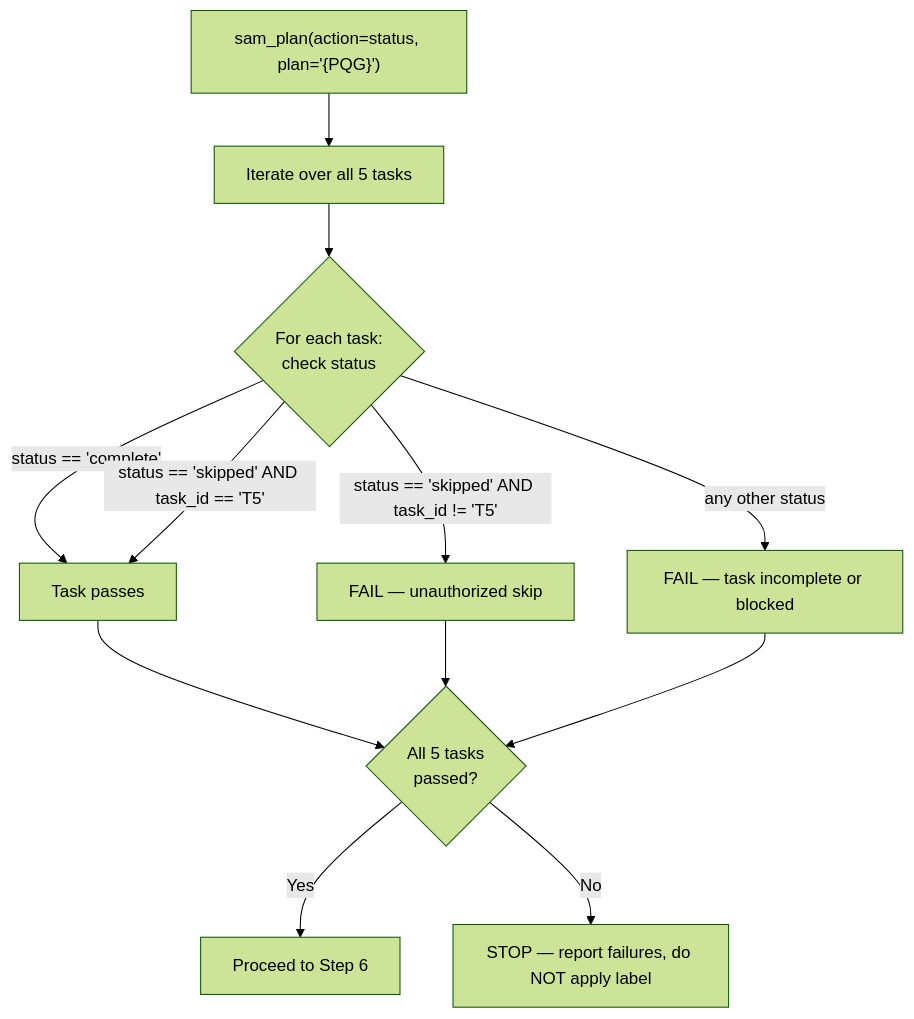
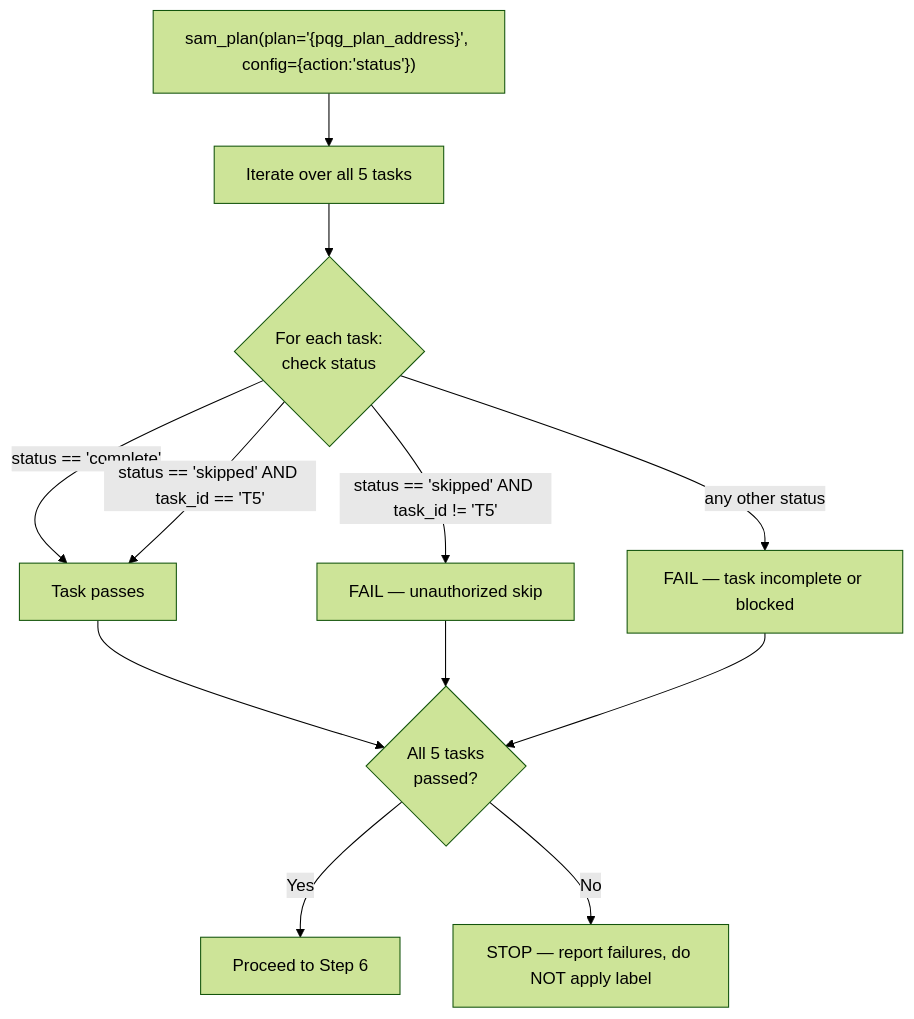
Before and after one commit to Jamie-BitFlight/claude_skills: the fourth of 8 diagrams in plugins/development-harness/skills/complete-implementation/SKILL.md, drawn with Mermaid (forest theme). The commit also changed other lines of this file and 41 other files, not shown here.

````diff
--- a/plugins/development-harness/skills/complete-implementation/SKILL.md
+++ b/plugins/development-harness/skills/complete-implementation/SKILL.md
@@ -225,14 +230,14 @@
 ```mermaid
 flowchart TD
-    Status["sam_plan(action=status, plan='{PQG}')"] --> Iter["Iterate over all 5 tasks"]
+    Status["sam_plan(plan='{pqg_plan_address}', config={action:'status'})"] --> Iter["Iterate over all 5 tasks"]
     Iter --> Check{For each task:<br>check status}
     Check -->|"status == 'complete'"| PassTask["Task passes"]
     Check -->|"status == 'skipped' AND task_id == 'T5'"| PassTask
     Check -->|"status == 'skipped' AND task_id != 'T5'"| FailUnauth["FAIL — unauthorized skip"]
     Check -->|"any other status"| FailIncomplete["FAIL — task incomplete or blocked"]
     PassTask --> AllPassed{All 5 tasks<br>passed?}
     AllPassed -->|Yes| Proceed["Proceed to Step 6"]
     AllPassed -->|No| Stop["STOP — report failures, do NOT apply label"]
     FailUnauth --> AllPassed
     FailIncomplete --> AllPassed
 ```
````
